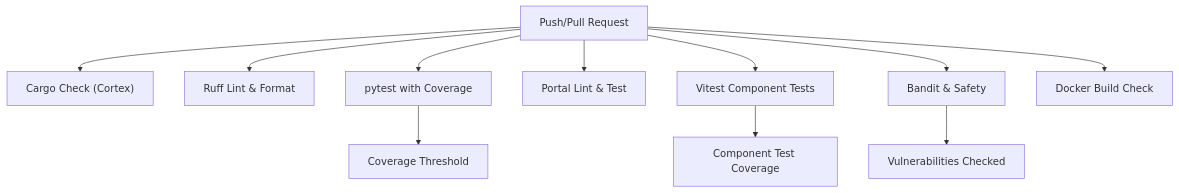
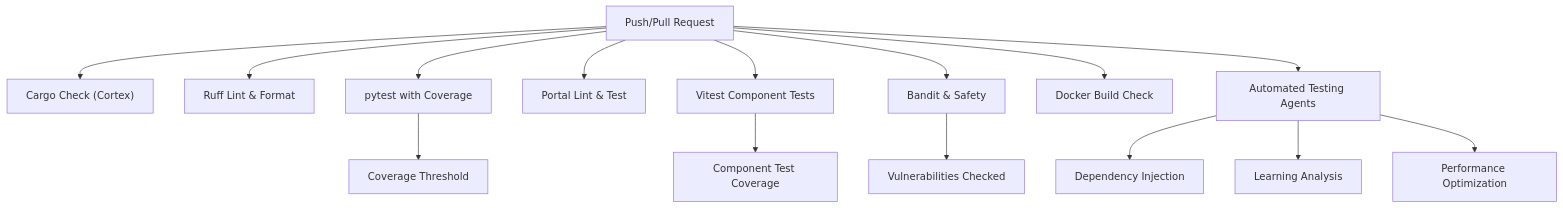
Diagram 13 of 14 in .qoder/repowiki/en/content/Testing and Quality Assurance/Testing and Quality Assurance.md (Moeabdelaziz007/Aether-Voice-OS), drawn with Mermaid before and after one commit. The commit also changed other lines of this file and 29 other files, not shown here.

First line of the commit message:
feat(ai-layer): enhance AI integration with specialized agents and genetic optimization

````diff
--- a/.qoder/repowiki/en/content/Testing and Quality Assurance/Testing and Quality Assurance.md
+++ b/.qoder/repowiki/en/content/Testing and Quality Assurance/Testing and Quality Assurance.md
@@ -493,13 +573,17 @@
 ```mermaid
 graph TB
 Push["Push/Pull Request"] --> Rust["Cargo Check (Cortex)"]
 Push --> Lint["Ruff Lint & Format"]
 Push --> PyTest["pytest with Coverage"]
 Push --> Portal["Portal Lint & Test"]
 Push --> Vitest["Vitest Component Tests"]
 Push --> Sec["Bandit & Safety"]
 Push --> Docker["Docker Build Check"]
+Push --> Agents["Automated Testing Agents"]
 PyTest --> Cov["Coverage Threshold"]
 Vitest --> CompTests["Component Test Coverage"]
 Sec --> Vulns["Vulnerabilities Checked"]
+Agents --> DI["Dependency Injection"]
+Agents --> Learn["Learning Analysis"]
+Agents --> Optimize["Performance Optimization"]
 ```
````
